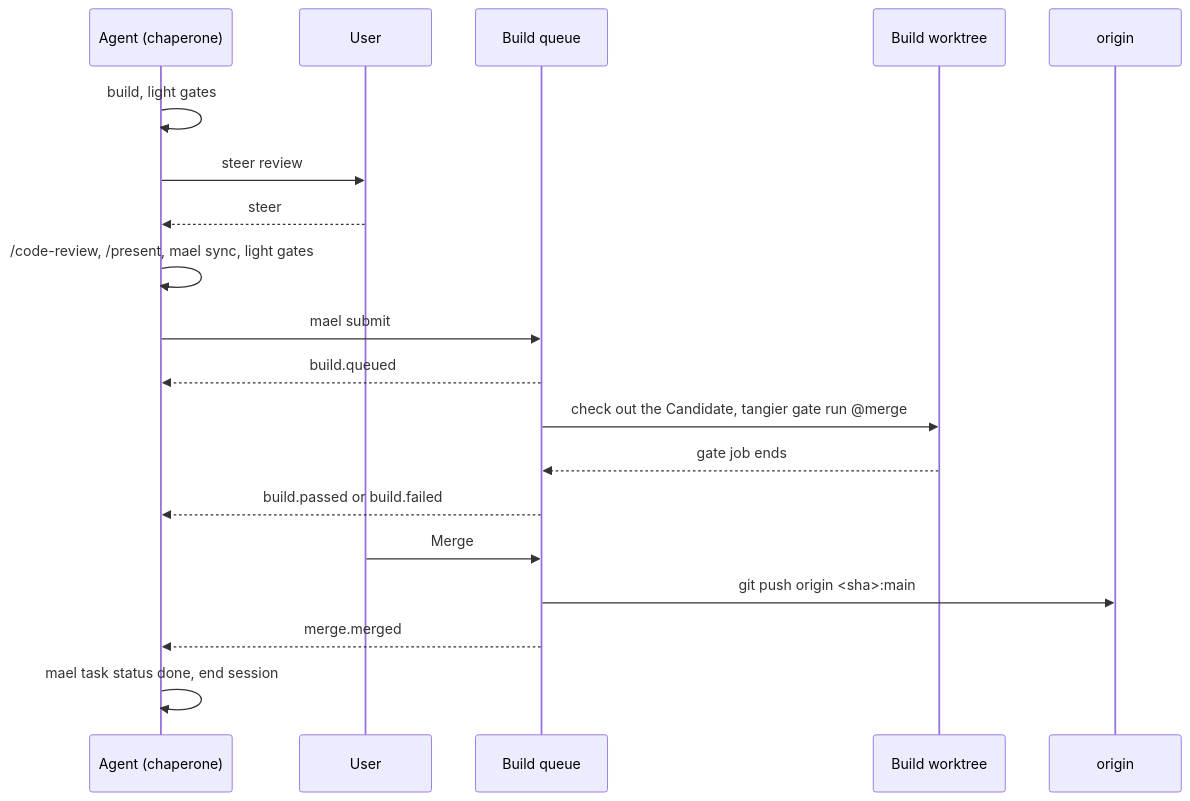
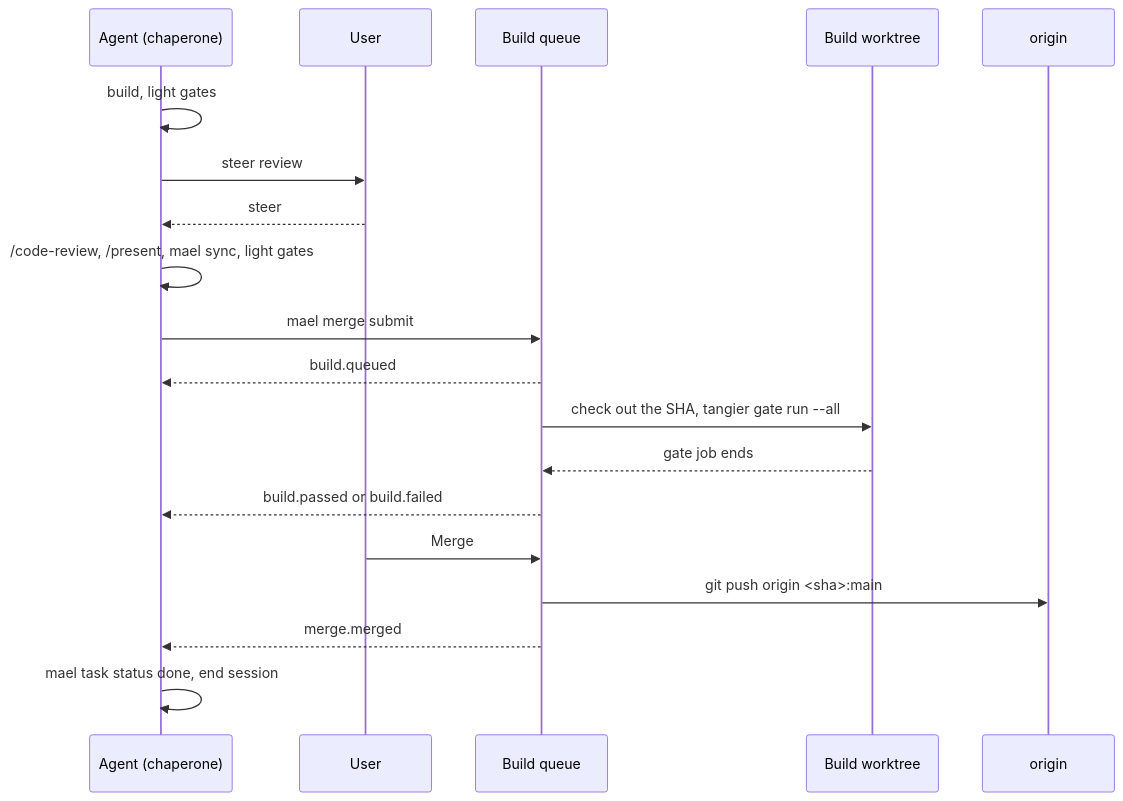
Before and after one commit to sminnee/maelstrom: the diagram in docs/dev/build-queue.md, drawn with Mermaid. The commit also changed other lines of this file and 4 other files, not shown here.

````diff
--- a/docs/dev/build-queue.md
+++ b/docs/dev/build-queue.md
@@ -16,21 +17,21 @@
 ```mermaid
 sequenceDiagram
     participant A as Agent (chaperone)
     participant U as User
     participant Q as Build queue
     participant B as Build worktree
     participant O as origin
     A->>A: build, light gates
     A->>U: steer review
     U-->>A: steer
     A->>A: /code-review, /present, mael sync, light gates
-    A->>Q: mael submit
+    A->>Q: mael merge submit
     Q-->>A: build.queued
-    Q->>B: check out the Candidate, tangier gate run @merge
+    Q->>B: check out the SHA, tangier gate run --all
     B-->>Q: gate job ends
     Q-->>A: build.passed or build.failed
     U->>Q: Merge
     Q->>O: git push origin <sha>:main
     Q-->>A: merge.merged
     A->>A: mael task status done, end session
 ```
````
